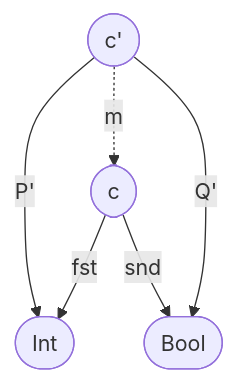
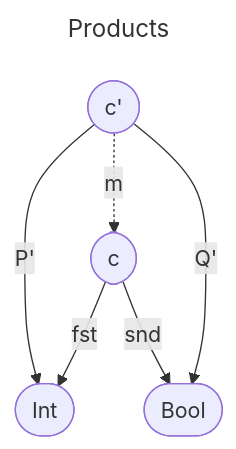
Before and after one commit to alexisbcc/category-theory: the fourth of 5 diagrams in README.md, drawn with Mermaid. The commit also changed other lines of this file, not shown here.

````diff
--- a/README.md
+++ b/README.md
@@ -178,12 +180,11 @@
 ```mermaid
 ---
-config:
-  theme: Products
+title: Products
 ---
 flowchart TD
     CP(["c'"]) -- P' --> A(["Int"])
     C(["c"]) -- snd --> B(["Bool"])
     CP -- Q' --> B
     C -- fst --> A
     CP -. m .-> C
 ```
````
